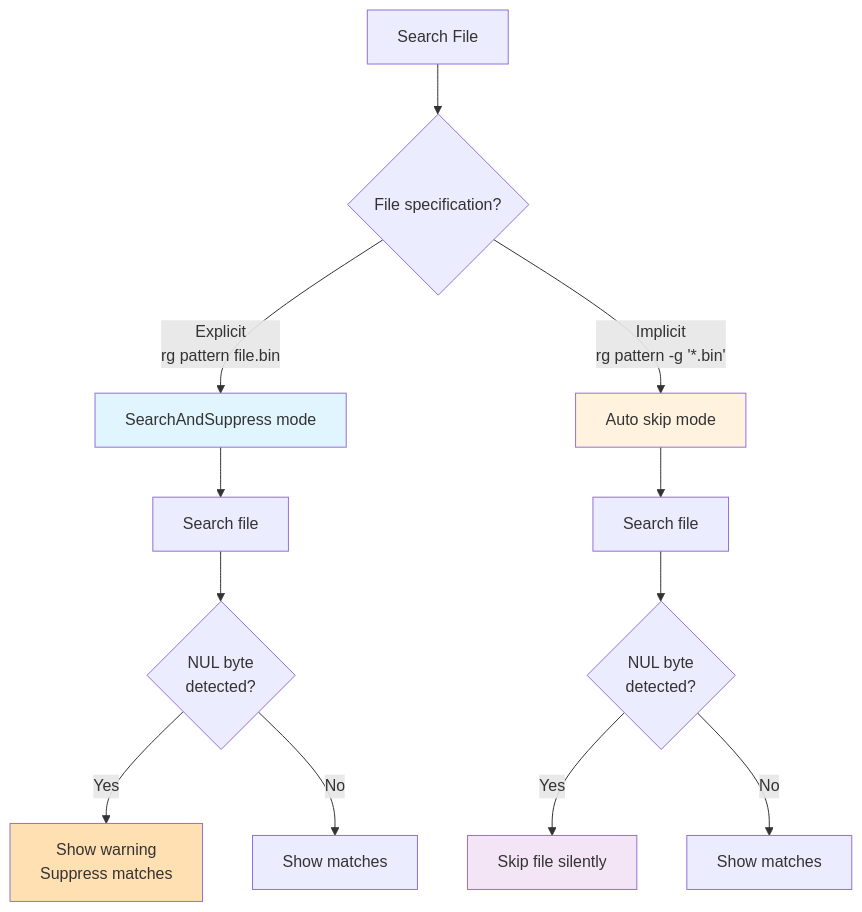
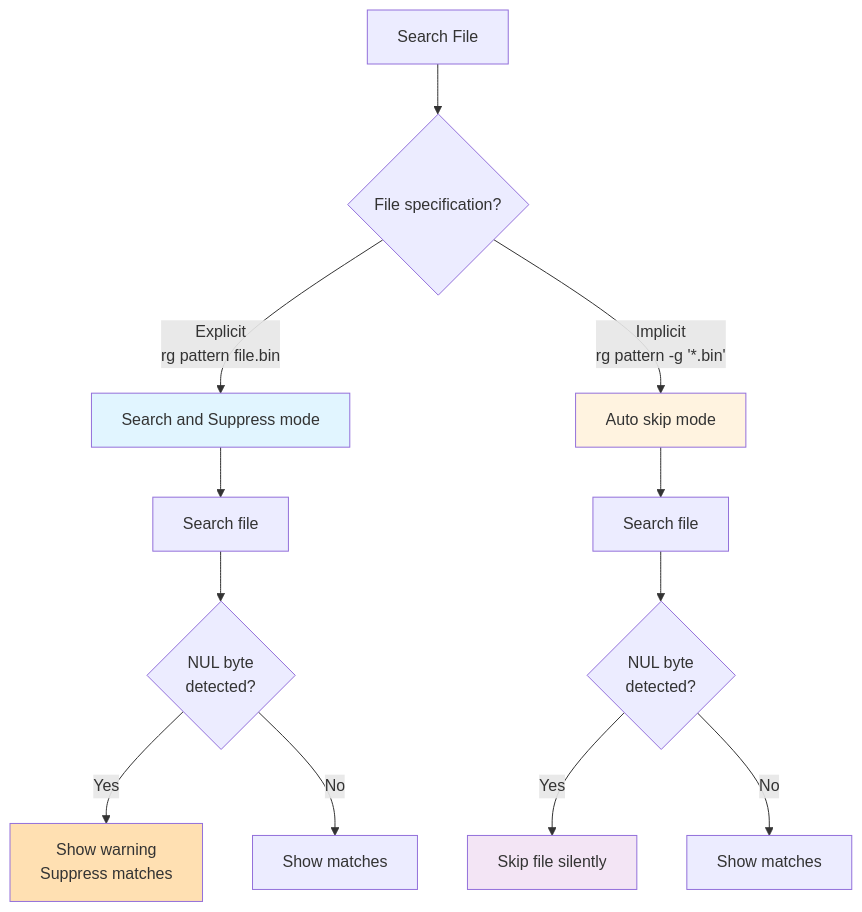
The second of 2 diagrams in docs/binary-data/modes.md (iepathos/ripgrep), drawn with Mermaid before and after one commit. The commit also changed 2 other files, not shown here.

Commit message:
fix: add missing spaces in Mermaid diagram labels
Fixed "SearchAndSuppress" to "Search and Suppress" in Mermaid
diagram node labels for better readability.

Changed in 3 files:
- docs/binary-data/index.md
- docs/binary-data/modes.md
- docs/binary-data/flags.md

This improves consistency with the multi-word labeling style used
throughout the documentation diagrams.

````diff
--- a/docs/binary-data/modes.md
+++ b/docs/binary-data/modes.md
@@ -42,26 +42,26 @@
 ```mermaid
 flowchart TD
     Start[Search File] --> Check{File specification?}
     Check -->|"Explicit
-rg pattern file.bin"| Explicit[SearchAndSuppress mode]
+rg pattern file.bin"| Explicit["Search and Suppress mode"]
     Check -->|"Implicit
 rg pattern -g '*.bin'"| Implicit[Auto skip mode]
 
     Explicit --> SearchE[Search file]
     SearchE --> NulE{"NUL byte
 detected?"}
     NulE -->|Yes| WarnE["Show warning
 Suppress matches"]
     NulE -->|No| MatchesE[Show matches]
 
     Implicit --> SearchI[Search file]
     SearchI --> NulI{"NUL byte
 detected?"}
     NulI -->|Yes| SkipI[Skip file silently]
     NulI -->|No| MatchesI[Show matches]
 
     style Explicit fill:#e1f5ff
     style Implicit fill:#fff3e0
     style WarnE fill:#ffe0b2
     style SkipI fill:#f3e5f5
 ```
````
